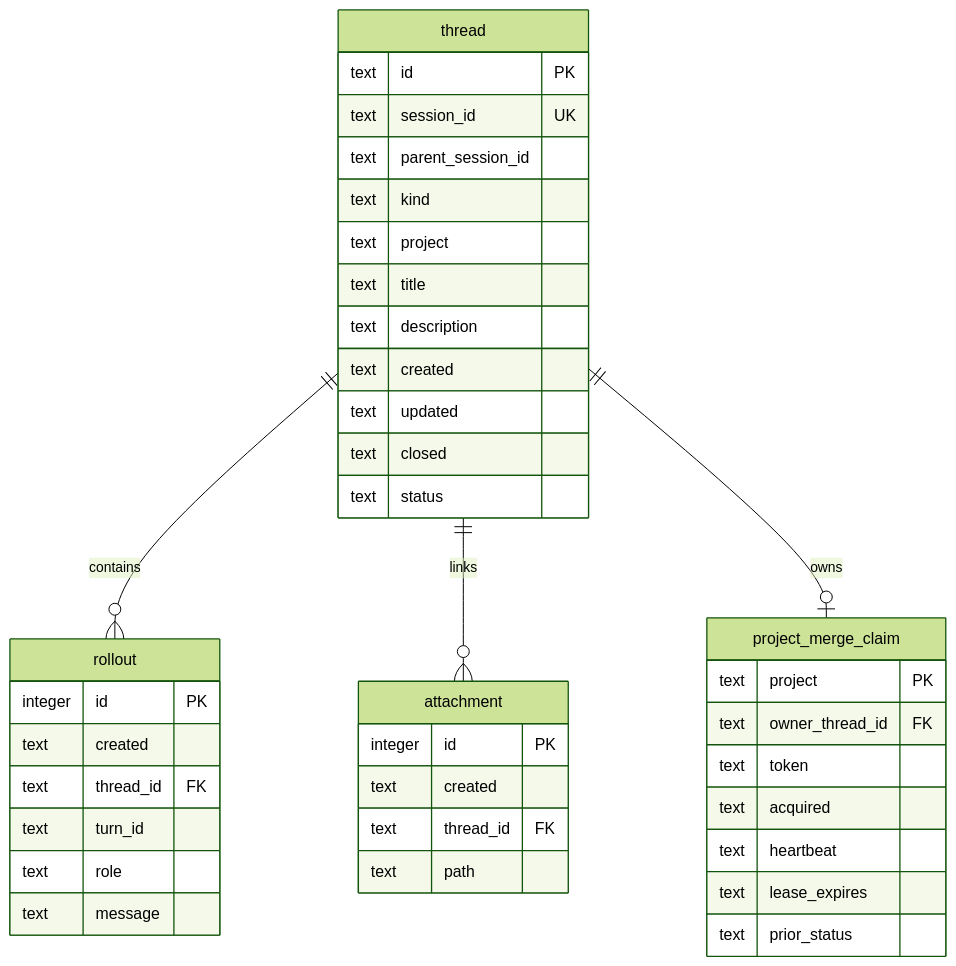
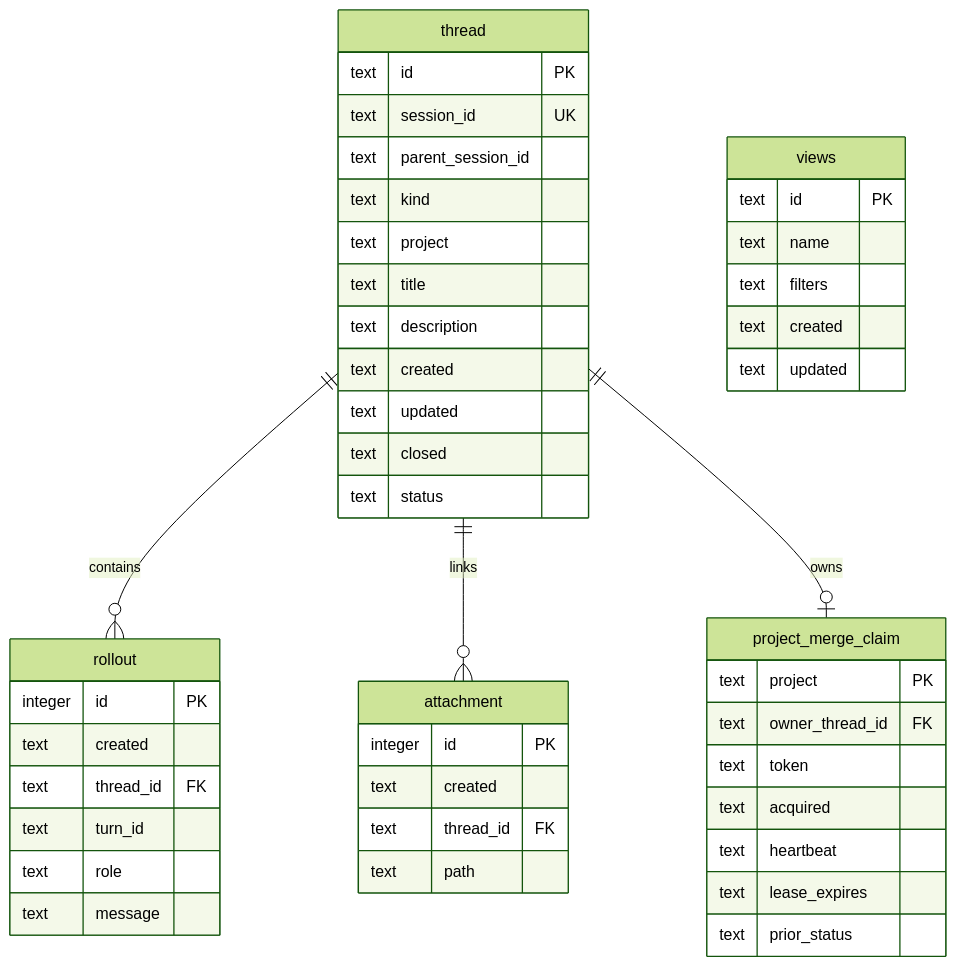
Before and after one commit to kevinslin/agstack: the second of 4 diagrams in active/agtask/docs/ARCHITECTURE.md, drawn with Mermaid (forest theme). The commit also changed other lines of this file and 8 other files, not shown here.

````diff
--- a/active/agtask/docs/ARCHITECTURE.md
+++ b/active/agtask/docs/ARCHITECTURE.md
@@ -250,42 +250,49 @@
 ```mermaid
 erDiagram
     thread ||--o{ rollout : contains
     thread ||--o{ attachment : links
     thread ||--o| project_merge_claim : owns
+    views {
+        text id PK
+        text name
+        text filters
+        text created
+        text updated
+    }
     thread {
         text id PK
         text session_id UK
         text parent_session_id
         text kind
         text project
         text title
         text description
         text created
         text updated
         text closed
         text status
     }
     rollout {
         integer id PK
         text created
         text thread_id FK
         text turn_id
         text role
         text message
     }
     attachment {
         integer id PK
         text created
         text thread_id FK
         text path
     }
     project_merge_claim {
         text project PK
         text owner_thread_id FK
         text token
         text acquired
         text heartbeat
         text lease_expires
         text prior_status
     }
 ```
````
